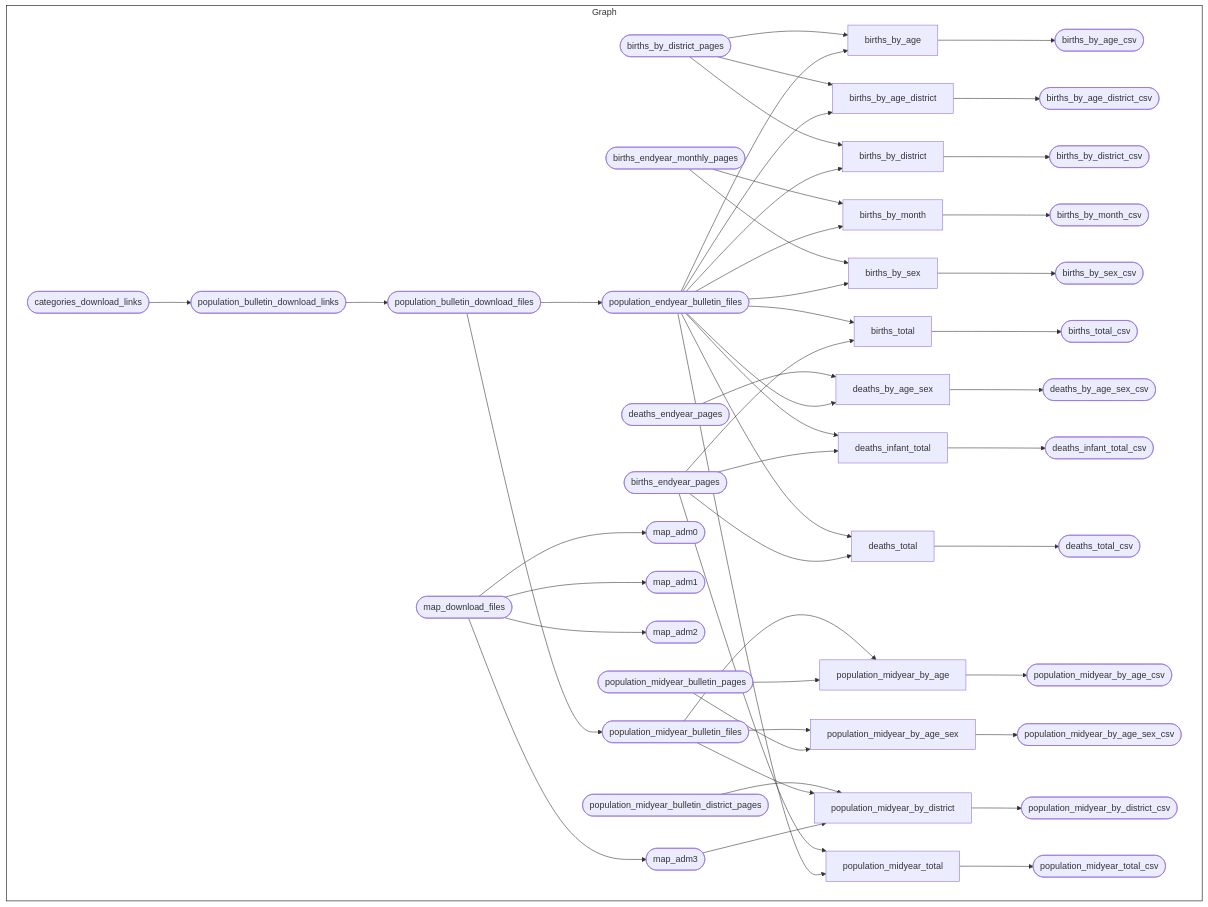
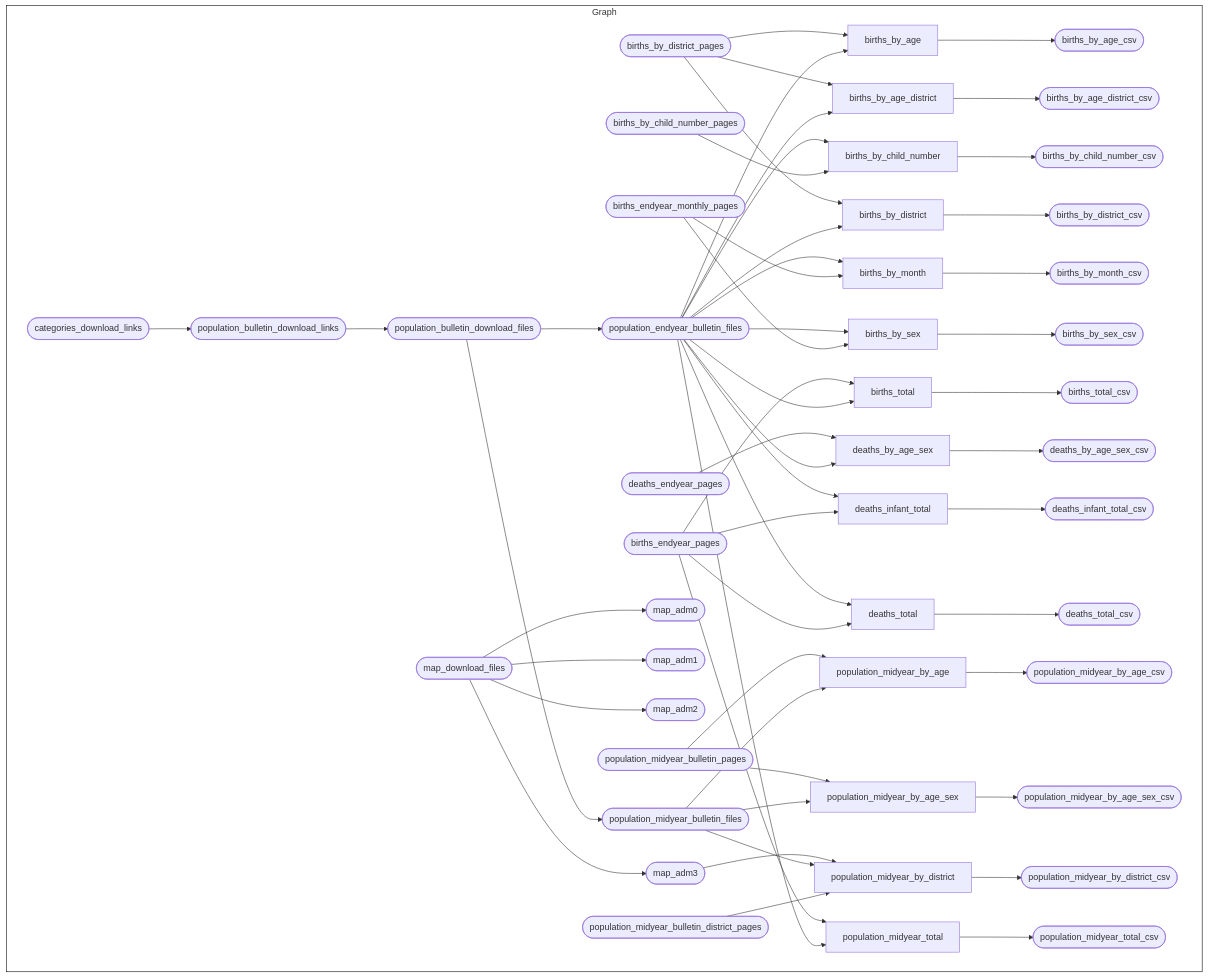
One commit to OxfordIHTM/seychelles-statistics changed the diagram in README.md. Above: the diagram before and after it, drawn with Mermaid. The commit also changed 3 other files, not shown here.

Commit message:
create targets/outputs for births by chlid number; fix #65

````diff
--- a/README.md
+++ b/README.md
@@ -205,56 +205,59 @@
 ``` mermaid
 graph LR
   style Graph fill:#FFFFFF00,stroke:#000000;
   subgraph Graph
     direction LR
+    xeea0ec396e5de5da(["population_endyear_bulletin_files"]):::skipped --> xb5d471b223f71093["births_by_age"]:::skipped
     x39c53f3806f354bf(["births_by_district_pages"]):::skipped --> xb5d471b223f71093["births_by_age"]:::skipped
-    xeea0ec396e5de5da(["population_endyear_bulletin_files"]):::skipped --> xb5d471b223f71093["births_by_age"]:::skipped
-    xb5d471b223f71093["births_by_age"]:::skipped --> xbbabd51f8df64492(["births_by_age_csv"]):::completed
+    xb5d471b223f71093["births_by_age"]:::skipped --> xbbabd51f8df64492(["births_by_age_csv"]):::skipped
+    xeea0ec396e5de5da(["population_endyear_bulletin_files"]):::skipped --> x4094d4f6d0f8f35a["births_by_age_district"]:::skipped
     x39c53f3806f354bf(["births_by_district_pages"]):::skipped --> x4094d4f6d0f8f35a["births_by_age_district"]:::skipped
-    xeea0ec396e5de5da(["population_endyear_bulletin_files"]):::skipped --> x4094d4f6d0f8f35a["births_by_age_district"]:::skipped
     x4094d4f6d0f8f35a["births_by_age_district"]:::skipped --> x11faadcda3280dc2(["births_by_age_district_csv"]):::skipped
+    xd7ed52d5505f1301(["births_by_child_number_pages"]):::skipped --> x816c05a21a018486["births_by_child_number"]:::skipped
+    xeea0ec396e5de5da(["population_endyear_bulletin_files"]):::skipped --> x816c05a21a018486["births_by_child_number"]:::skipped
+    x816c05a21a018486["births_by_child_number"]:::skipped --> x0fb17a50aa9b7bc4(["births_by_child_number_csv"]):::completed
+    xeea0ec396e5de5da(["population_endyear_bulletin_files"]):::skipped --> x0c2c53d9eeb365ed["births_by_district"]:::skipped
     x39c53f3806f354bf(["births_by_district_pages"]):::skipped --> x0c2c53d9eeb365ed["births_by_district"]:::skipped
-    xeea0ec396e5de5da(["population_endyear_bulletin_files"]):::skipped --> x0c2c53d9eeb365ed["births_by_district"]:::skipped
-    x0c2c53d9eeb365ed["births_by_district"]:::skipped --> x45f5b18e27a4d0fe(["births_by_district_csv"]):::completed
+    x0c2c53d9eeb365ed["births_by_district"]:::skipped --> x45f5b18e27a4d0fe(["births_by_district_csv"]):::skipped
     x5c7646da106bc2f6(["births_endyear_monthly_pages"]):::skipped --> x2c584c9caafc1be8["births_by_month"]:::skipped
     xeea0ec396e5de5da(["population_endyear_bulletin_files"]):::skipped --> x2c584c9caafc1be8["births_by_month"]:::skipped
     x2c584c9caafc1be8["births_by_month"]:::skipped --> xa87bb9563f27e00c(["births_by_month_csv"]):::skipped
     x5c7646da106bc2f6(["births_endyear_monthly_pages"]):::skipped --> x1e485a7f2384826f["births_by_sex"]:::skipped
     xeea0ec396e5de5da(["population_endyear_bulletin_files"]):::skipped --> x1e485a7f2384826f["births_by_sex"]:::skipped
     x1e485a7f2384826f["births_by_sex"]:::skipped --> xa6b75ce42a7aa79e(["births_by_sex_csv"]):::skipped
     xeea0ec396e5de5da(["population_endyear_bulletin_files"]):::skipped --> x2f4500c2756065a9["births_total"]:::skipped
     xe648a7801cd2da2c(["births_endyear_pages"]):::skipped --> x2f4500c2756065a9["births_total"]:::skipped
     x2f4500c2756065a9["births_total"]:::skipped --> xd95928afea598d8e(["births_total_csv"]):::skipped
+    xeea0ec396e5de5da(["population_endyear_bulletin_files"]):::skipped --> xae333981c466810a["deaths_by_age_sex"]:::skipped
     x344a2780ffaeb7bd(["deaths_endyear_pages"]):::skipped --> xae333981c466810a["deaths_by_age_sex"]:::skipped
-    xeea0ec396e5de5da(["population_endyear_bulletin_files"]):::skipped --> xae333981c466810a["deaths_by_age_sex"]:::skipped
     xae333981c466810a["deaths_by_age_sex"]:::skipped --> xaf8165dda7ea936b(["deaths_by_age_sex_csv"]):::skipped
+    xe648a7801cd2da2c(["births_endyear_pages"]):::skipped --> x1d5c00f1e4e41ab7["deaths_infant_total"]:::skipped
     xeea0ec396e5de5da(["population_endyear_bulletin_files"]):::skipped --> x1d5c00f1e4e41ab7["deaths_infant_total"]:::skipped
-    xe648a7801cd2da2c(["births_endyear_pages"]):::skipped --> x1d5c00f1e4e41ab7["deaths_infant_total"]:::skipped
     x1d5c00f1e4e41ab7["deaths_infant_total"]:::skipped --> x548dbfa0844427dc(["deaths_infant_total_csv"]):::skipped
+    xe648a7801cd2da2c(["births_endyear_pages"]):::skipped --> xfd0ff0d9529d4bbd["deaths_total"]:::skipped
     xeea0ec396e5de5da(["population_endyear_bulletin_files"]):::skipped --> xfd0ff0d9529d4bbd["deaths_total"]:::skipped
-    xe648a7801cd2da2c(["births_endyear_pages"]):::skipped --> xfd0ff0d9529d4bbd["deaths_total"]:::skipped
     xfd0ff0d9529d4bbd["deaths_total"]:::skipped --> xe42488d3267f69ff(["deaths_total_csv"]):::skipped
     x8e509dc7997a12f8(["map_download_files"]):::skipped --> x4851b2941f7c62fc(["map_adm0"]):::skipped
     x8e509dc7997a12f8(["map_download_files"]):::skipped --> xccb26dd891c9a035(["map_adm1"]):::skipped
     x8e509dc7997a12f8(["map_download_files"]):::skipped --> x30d02f8bff8e7f8d(["map_adm2"]):::skipped
     x8e509dc7997a12f8(["map_download_files"]):::skipped --> x7b26bed1fc581742(["map_adm3"]):::skipped
     x90a781ac8daf46c6(["population_bulletin_download_links"]):::skipped --> x303dcb35f327bc97(["population_bulletin_download_files"]):::skipped
     xa7b0e3bf1c25b597(["categories_download_links"]):::skipped --> x90a781ac8daf46c6(["population_bulletin_download_links"]):::skipped
     x303dcb35f327bc97(["population_bulletin_download_files"]):::skipped --> xeea0ec396e5de5da(["population_endyear_bulletin_files"]):::skipped
     x303dcb35f327bc97(["population_bulletin_download_files"]):::skipped --> x52e965cb7c1cd1fc(["population_midyear_bulletin_files"]):::skipped
     x52e965cb7c1cd1fc(["population_midyear_bulletin_files"]):::skipped --> x946771421caaa150["population_midyear_by_age"]:::skipped
     xefa1a60843915f9f(["population_midyear_bulletin_pages"]):::skipped --> x946771421caaa150["population_midyear_by_age"]:::skipped
     x946771421caaa150["population_midyear_by_age"]:::skipped --> xa1686cc888963231(["population_midyear_by_age_csv"]):::skipped
     x52e965cb7c1cd1fc(["population_midyear_bulletin_files"]):::skipped --> x426614807f974316["population_midyear_by_age_sex"]:::skipped
     xefa1a60843915f9f(["population_midyear_bulletin_pages"]):::skipped --> x426614807f974316["population_midyear_by_age_sex"]:::skipped
     x426614807f974316["population_midyear_by_age_sex"]:::skipped --> xf3039e66b37a1219(["population_midyear_by_age_sex_csv"]):::skipped
     x9f6b6d2ed74a37b4(["population_midyear_bulletin_district_pages"]):::skipped --> xd0c8e8b884ab8581["population_midyear_by_district"]:::skipped
     x52e965cb7c1cd1fc(["population_midyear_bulletin_files"]):::skipped --> xd0c8e8b884ab8581["population_midyear_by_district"]:::skipped
     x7b26bed1fc581742(["map_adm3"]):::skipped --> xd0c8e8b884ab8581["population_midyear_by_district"]:::skipped
     xd0c8e8b884ab8581["population_midyear_by_district"]:::skipped --> xf94a6bce4cea6c14(["population_midyear_by_district_csv"]):::skipped
+    xeea0ec396e5de5da(["population_endyear_bulletin_files"]):::skipped --> x52d6a6119be69714["population_midyear_total"]:::skipped
     xe648a7801cd2da2c(["births_endyear_pages"]):::skipped --> x52d6a6119be69714["population_midyear_total"]:::skipped
-    xeea0ec396e5de5da(["population_endyear_bulletin_files"]):::skipped --> x52d6a6119be69714["population_midyear_total"]:::skipped
     x52d6a6119be69714["population_midyear_total"]:::skipped --> x37b834e41770c27f(["population_midyear_total_csv"]):::skipped
     
   end
 ```
````
